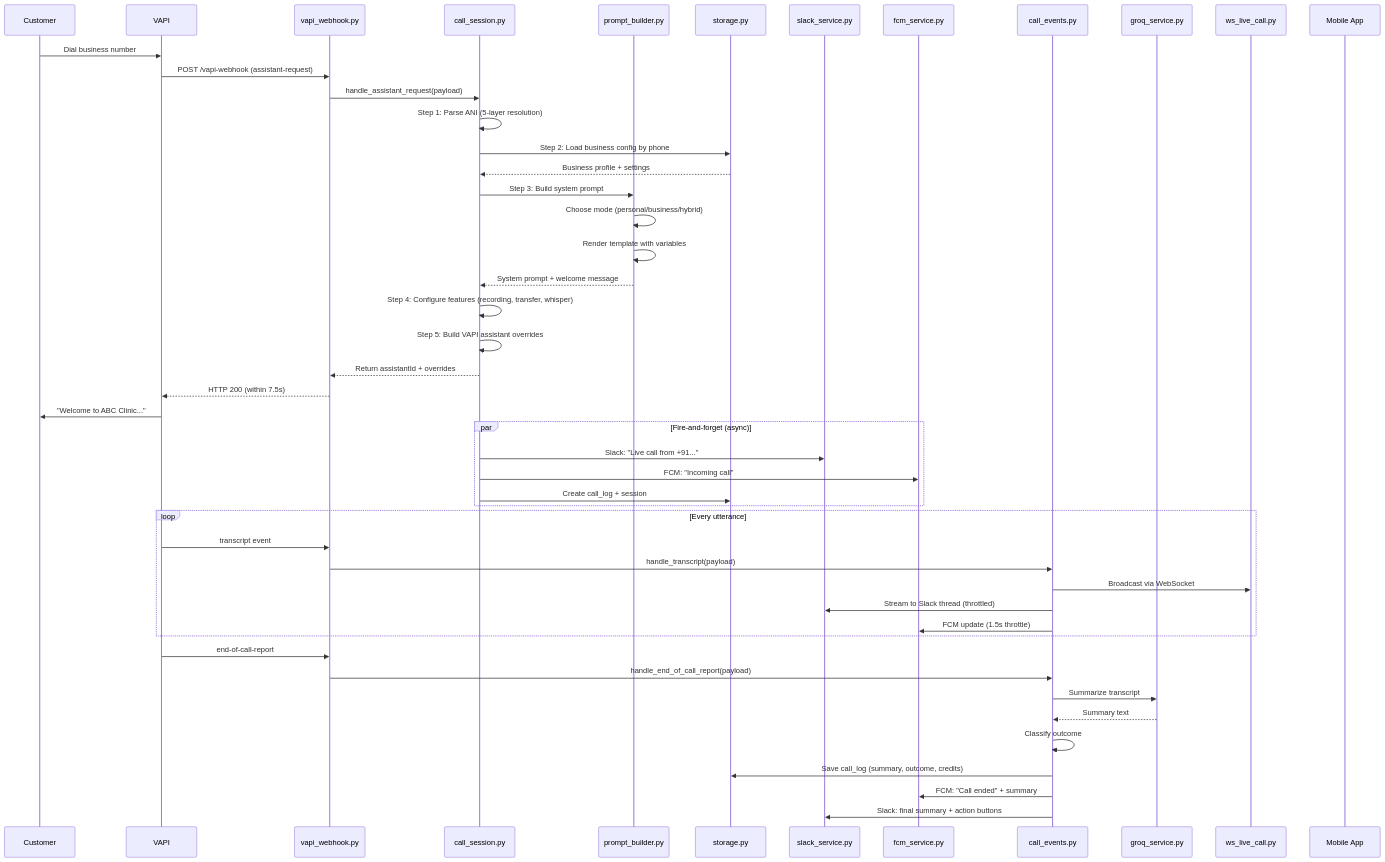
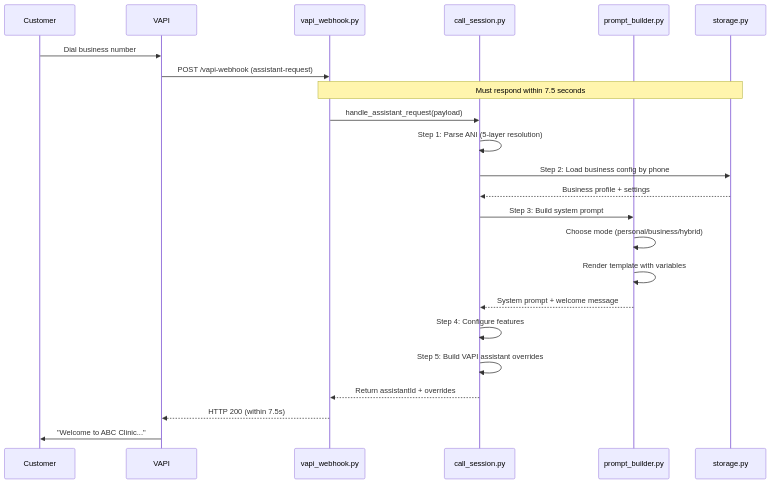
One commit to sarv-projects/study changed the third of 18 diagrams in soundhound_prep/13_SuperOwl_Deep_Dive.md. Above: the diagram before and after it, drawn with Mermaid. The commit also changed other lines of this file and 8 other files, not shown here.

````diff
--- a/soundhound_prep/13_SuperOwl_Deep_Dive.md
+++ b/soundhound_prep/13_SuperOwl_Deep_Dive.md
@@ -256,60 +241,30 @@
 ```mermaid
 sequenceDiagram
     participant C as Customer
     participant V as VAPI
     participant WH as vapi_webhook.py
     participant CS as call_session.py
     participant PB as prompt_builder.py
     participant ST as storage.py
-    participant SS as slack_service.py
-    participant FS as fcm_service.py
-    participant CE as call_events.py
-    participant GS as groq_service.py
-    participant WS as ws_live_call.py
-    participant M as Mobile App
     
     C->>V: Dial business number
     V->>WH: POST /vapi-webhook (assistant-request)
+    Note over WH,ST: Must respond within 7.5 seconds
     
     WH->>CS: handle_assistant_request(payload)
-    
     CS->>CS: Step 1: Parse ANI (5-layer resolution)
     CS->>ST: Step 2: Load business config by phone
     ST-->>CS: Business profile + settings
     
     CS->>PB: Step 3: Build system prompt
     PB->>PB: Choose mode (personal/business/hybrid)
     PB->>PB: Render template with variables
     PB-->>CS: System prompt + welcome message
     
-    CS->>CS: Step 4: Configure features (recording, transfer, whisper)
+    CS->>CS: Step 4: Configure features
     CS->>CS: Step 5: Build VAPI assistant overrides
     
     CS-->>WH: Return assistantId + overrides
     WH-->>V: HTTP 200 (within 7.5s)
-    
     V->>C: "Welcome to ABC Clinic..."
-    
-    par Fire-and-forget (async)
-        CS->>SS: Slack: "Live call from +91..."
-        CS->>FS: FCM: "Incoming call"
-        CS->>ST: Create call_log + session
-    end
-    
-    loop Every utterance
-        V->>WH: transcript event
-        WH->>CE: handle_transcript(payload)
-        CE->>WS: Broadcast via WebSocket
-        CE->>SS: Stream to Slack thread (throttled)
-        CE->>FS: FCM update (1.5s throttle)
-    end
-    
-    V->>WH: end-of-call-report
-    WH->>CE: handle_end_of_call_report(payload)
-    CE->>GS: Summarize transcript
-    GS-->>CE: Summary text
-    CE->>CE: Classify outcome
-    CE->>ST: Save call_log (summary, outcome, credits)
-    CE->>FS: FCM: "Call ended" + summary
-    CE->>SS: Slack: final summary + action buttons
 ```
````
